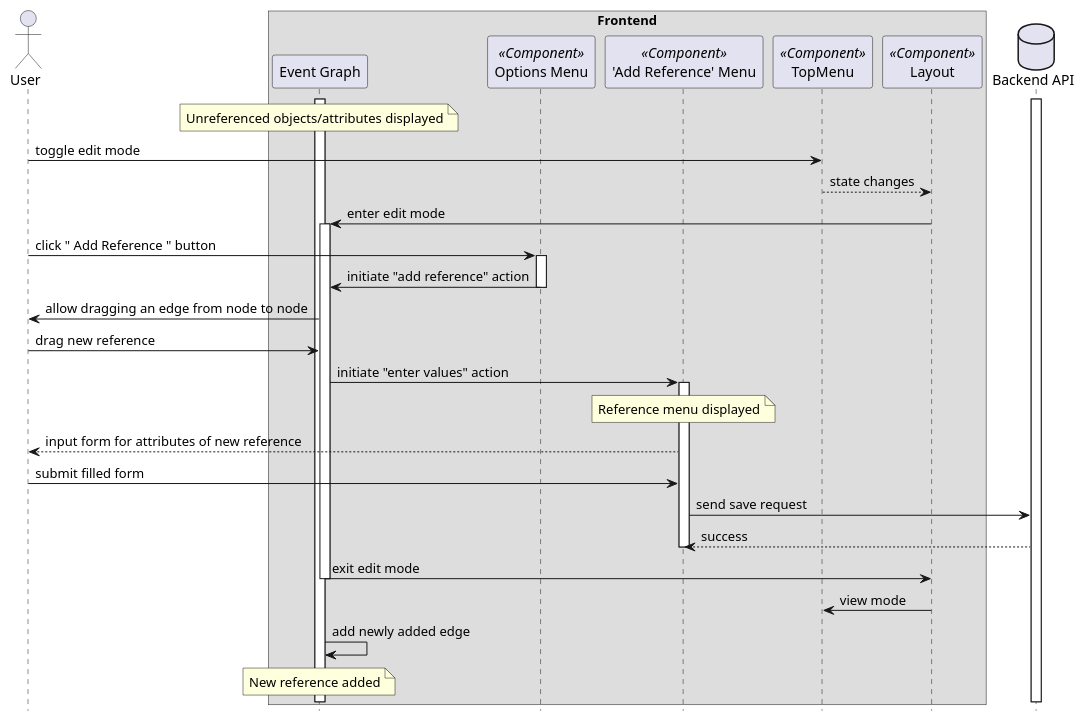
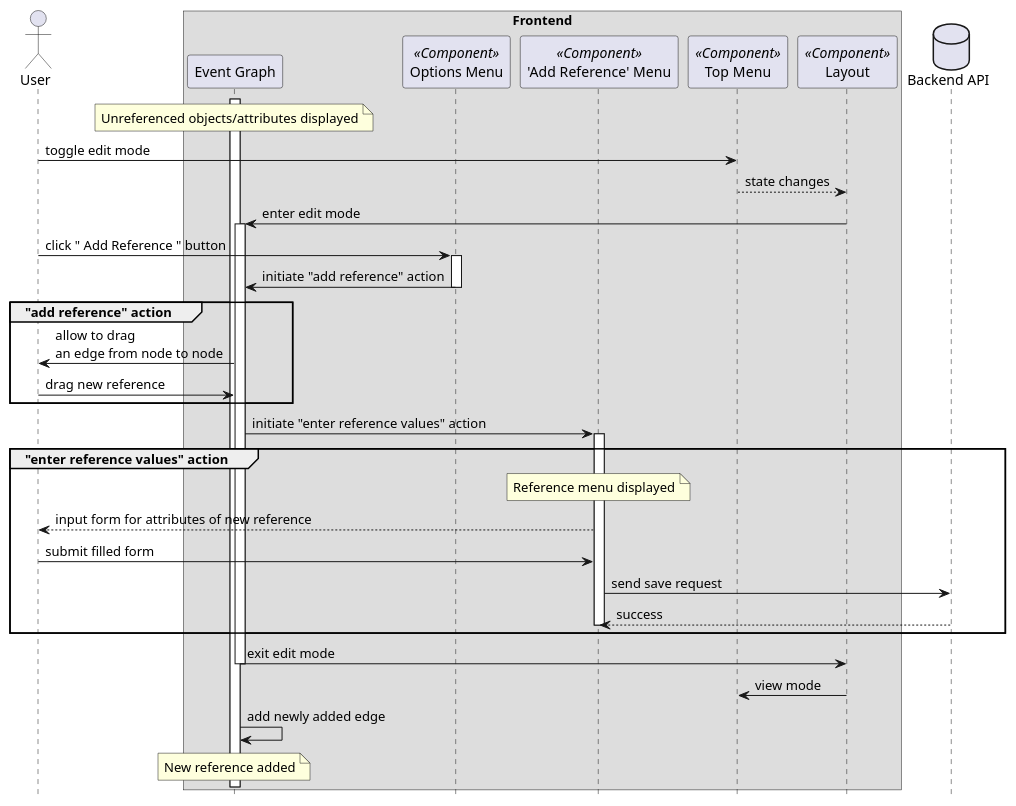
One commit to Modern-MISP/frontend changed the diagram in docs/sequencediagrams/plantuml/add_reference.plantuml. Above: the diagram before and after it, drawn with PlantUML. The commit also changed 1 other file, not shown here.

Commit message:
updated 2 sequence diagrams

```diff
--- a/docs/sequencediagrams/plantuml/add_reference.plantuml
+++ b/docs/sequencediagrams/plantuml/add_reference.plantuml
@@ -1,57 +1,59 @@
 @startuml "Add Reference between Object and attribute in Event-Graph"
 hide footbox
 
 actor User as user
 box "Frontend"
 participant "Event Graph" as eventgraph
 participant "Options Menu" as optmenu <<Component>>
 participant "'Add Reference' Menu" as addreferencemenu <<Component>>
-participant TopMenu as topmenu <<Component>>
+participant "Top Menu" as topmenu <<Component>>
 participant Layout as layout <<Component>>
 end box
 database "Backend API" as api
 
-activate api
 activate eventgraph
 note over eventgraph : Unreferenced objects/attributes displayed
 
 user -> topmenu : toggle edit mode
 topmenu --> layout : state changes
 layout -> eventgraph : enter edit mode
 activate eventgraph
 
 user -> optmenu: click " Add Reference " button
 activate optmenu
 
 optmenu -> eventgraph: initiate "add reference" action
 deactivate optmenu
 
-eventgraph -> user: allow dragging an edge from node to node
+group "add reference" action
+eventgraph -> user: allow to drag \nan edge from node to node
 
 user -> eventgraph: drag new reference
+end
 
-eventgraph -> addreferencemenu: initiate "enter values" action
+eventgraph -> addreferencemenu: initiate "enter reference values" action
 
-
+group "enter reference values" action
 activate addreferencemenu
 note over addreferencemenu: Reference menu displayed
 
 addreferencemenu --> user:input form for attributes of new reference
 
 user -> addreferencemenu: submit filled form
 
 addreferencemenu -> api: send save request
 
 api --> addreferencemenu: success
 deactivate addreferencemenu
+end
 
 eventgraph -> layout : exit edit mode
 deactivate eventgraph
 layout -> topmenu : view mode
 
 
 eventgraph -> eventgraph: add newly added edge
 
 note over eventgraph : New reference added
 
 @enduml
```
